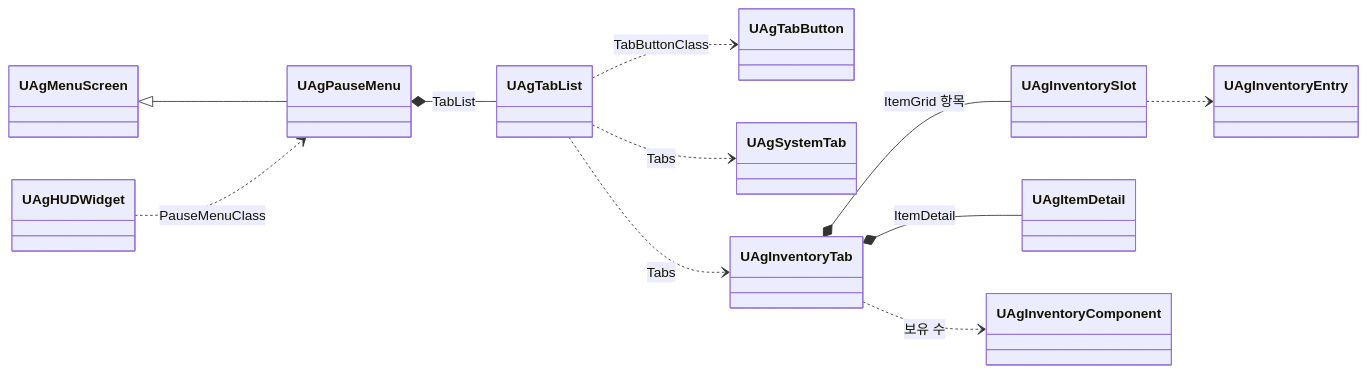
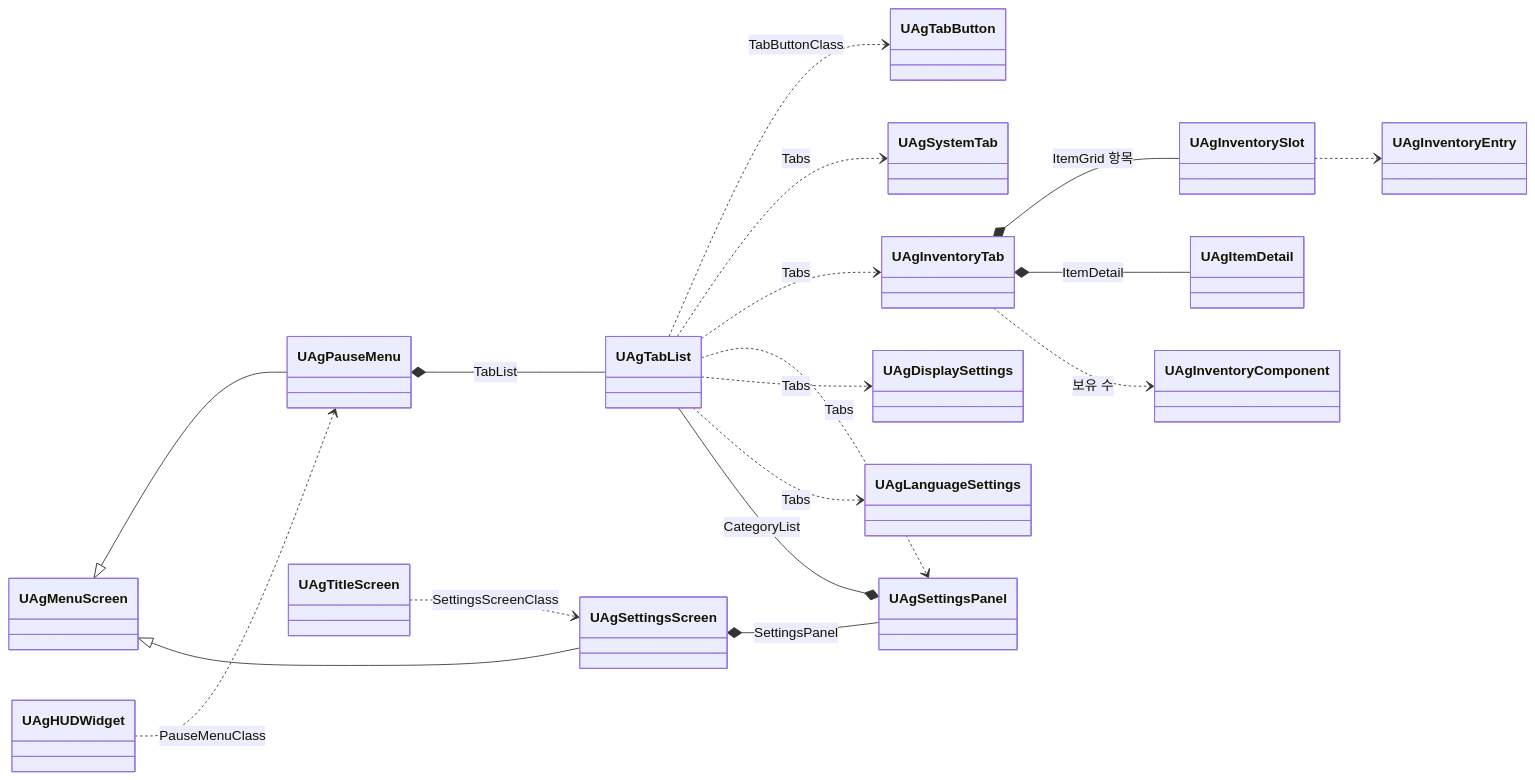
One commit to Woogl/Ag changed the third of 7 diagrams in Docs/Architecture/캐릭터 기반 구조와 GAS.md. Above: the diagram before and after it, drawn with Mermaid. The commit also changed other lines of this file and 18 other files, not shown here.

````diff
--- a/Docs/Architecture/캐릭터 기반 구조와 GAS.md
+++ b/Docs/Architecture/캐릭터 기반 구조와 GAS.md
@@ -205,14 +211,21 @@
 ```mermaid
 classDiagram
     direction LR
     UAgMenuScreen <|-- UAgPauseMenu
     UAgHUDWidget ..> UAgPauseMenu : PauseMenuClass
     UAgPauseMenu *-- UAgTabList : TabList
     UAgTabList ..> UAgTabButton : TabButtonClass
     UAgTabList ..> UAgSystemTab : Tabs
     UAgTabList ..> UAgInventoryTab : Tabs
+    UAgTabList ..> UAgSettingsPanel : Tabs
+    UAgMenuScreen <|-- UAgSettingsScreen
+    UAgTitleScreen ..> UAgSettingsScreen : SettingsScreenClass
+    UAgSettingsScreen *-- UAgSettingsPanel : SettingsPanel
+    UAgSettingsPanel *-- UAgTabList : CategoryList
+    UAgTabList ..> UAgDisplaySettings : Tabs
+    UAgTabList ..> UAgLanguageSettings : Tabs
     UAgInventoryTab *-- UAgInventorySlot : ItemGrid 항목
     UAgInventorySlot ..> UAgInventoryEntry
     UAgInventoryTab *-- UAgItemDetail : ItemDetail
     UAgInventoryTab ..> UAgInventoryComponent : 보유 수
 ```
````
